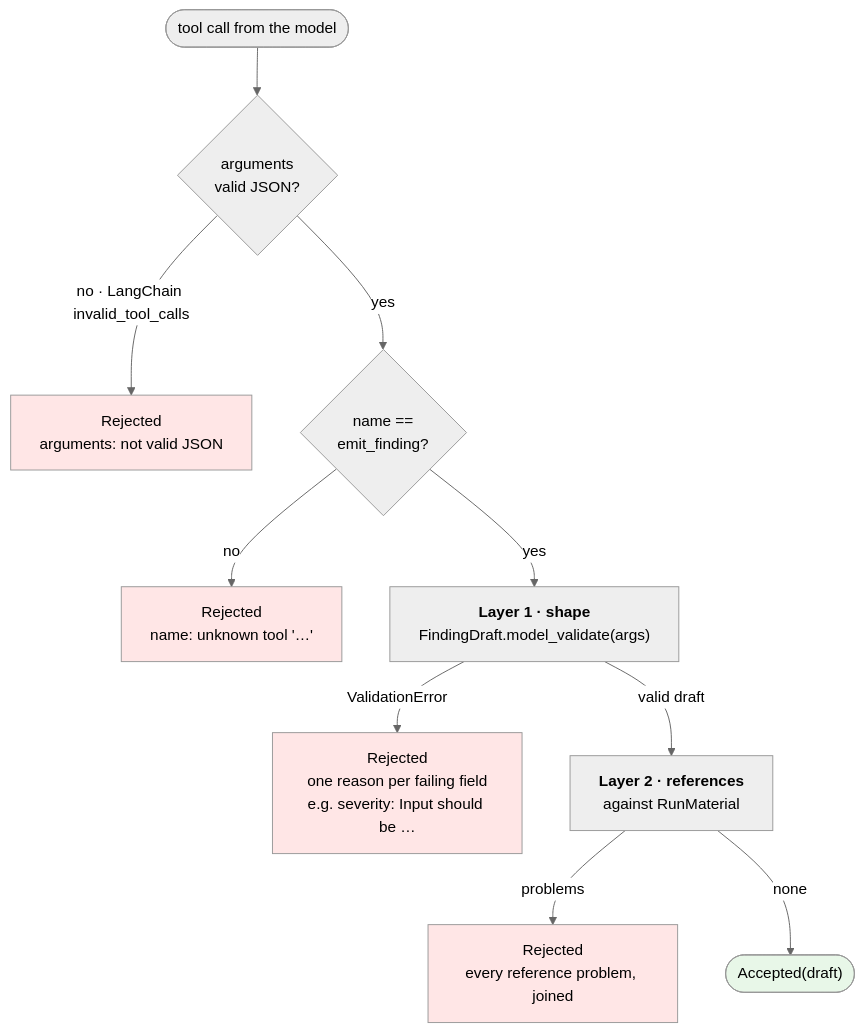
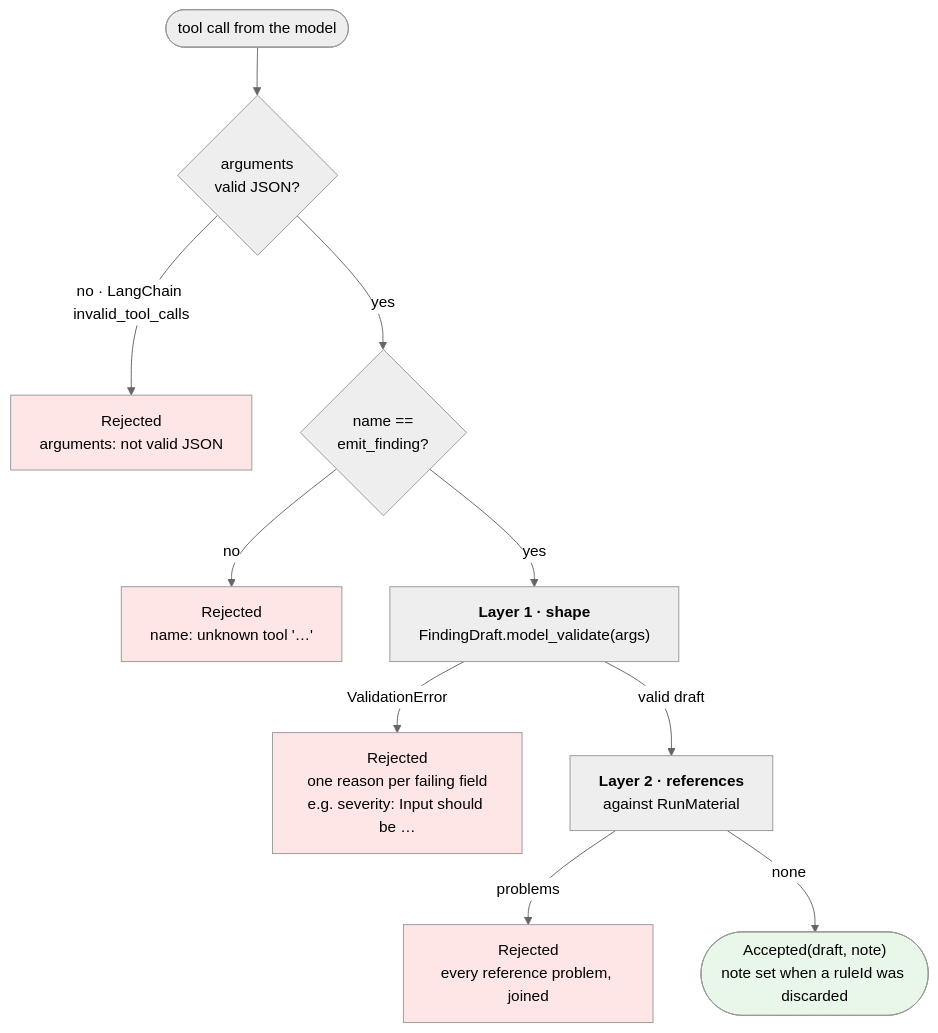
The tenth of 36 diagrams in Docs/design/schemas-and-contracts.md (nhahub/NHA-5-285), drawn with Mermaid (neutral theme) before and after one commit. The commit also changed other lines of this file and 1 other file, not shown here.

First line of the commit message:
docs(specs): record that a ruleId with no rules loaded is discarded

````diff
--- a/Docs/design/schemas-and-contracts.md
+++ b/Docs/design/schemas-and-contracts.md
@@ -397,18 +397,18 @@
 ```mermaid
 flowchart TD
     IN(["tool call from the model"]) --> J{"arguments<br/>valid JSON?"}
     J -->|"no · LangChain invalid_tool_calls"| RJ["Rejected<br/>arguments: not valid JSON"]
     J -->|yes| N{"name ==<br/>emit_finding?"}
     N -->|no| RN["Rejected<br/>name: unknown tool '…'"]
     N -->|yes| S["<b>Layer 1 · shape</b><br/>FindingDraft.model_validate(args)"]
     S -->|"ValidationError"| RS["Rejected<br/>one reason per failing field<br/>e.g. severity: Input should be …"]
     S -->|"valid draft"| R["<b>Layer 2 · references</b><br/>against RunMaterial"]
     R -->|"problems"| RR["Rejected<br/>every reference problem, joined"]
-    R -->|"none"| OK(["Accepted(draft)"])
+    R -->|"none"| OK(["Accepted(draft, note)<br/>note set when a ruleId was discarded"])
 
     style OK fill:#e8f7e8
     style RJ fill:#ffe6e6
     style RN fill:#ffe6e6
     style RS fill:#ffe6e6
     style RR fill:#ffe6e6
 ```
````
